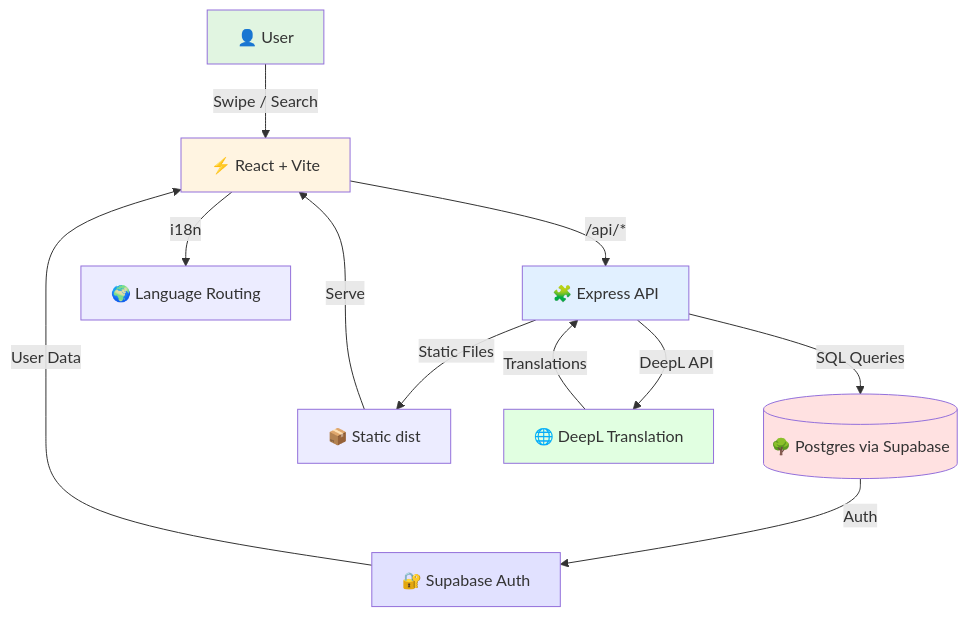
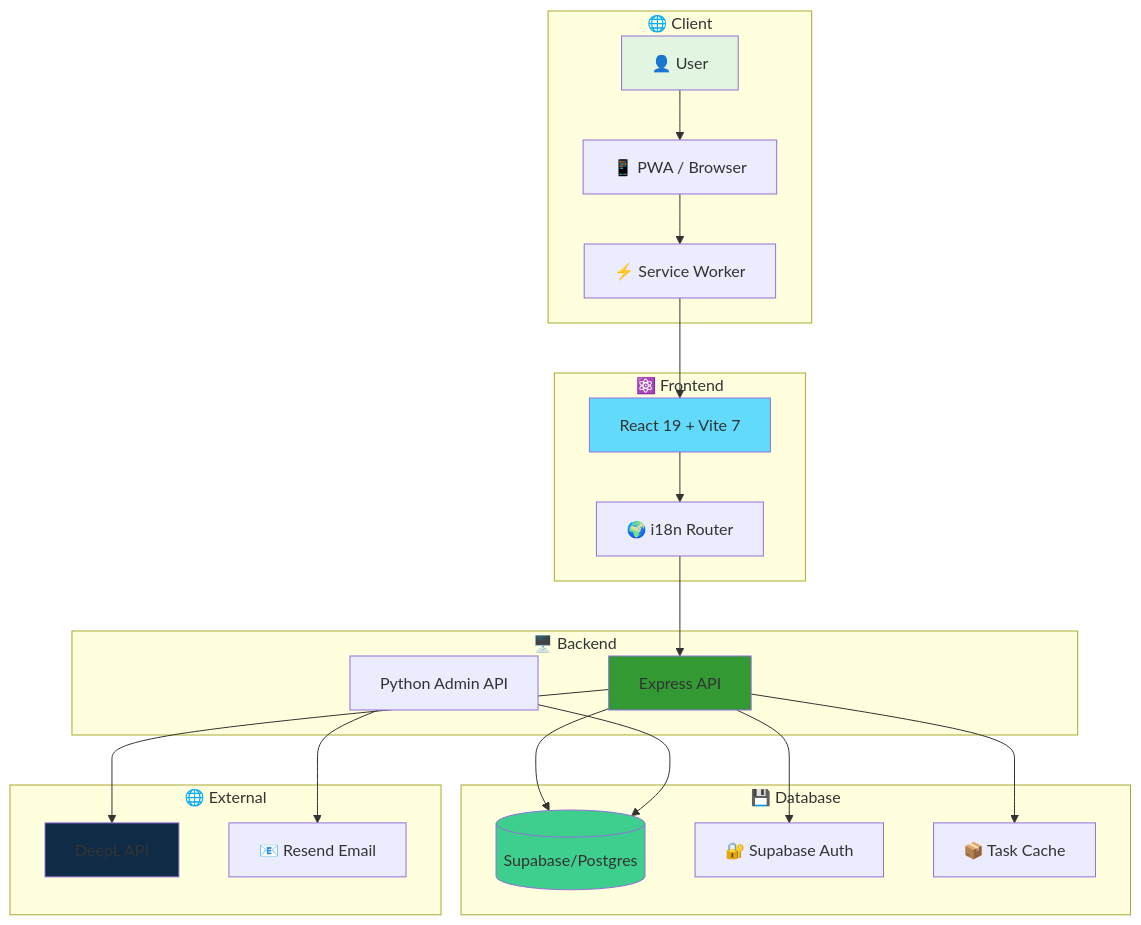
One commit to Duckxel/PlantSwipe changed the diagram in README.md. Above: the diagram before and after it, drawn with Mermaid. The commit also changed other lines of this file and 6 other files, not shown here.

````diff
--- a/README.md
+++ b/README.md
@@ -128,20 +162,47 @@
 ```mermaid
 flowchart TB
-    User[👤 User] -->|Swipe / Search| Web[⚡ React + Vite]
-    Web -->|/api/*| API[🧩 Express API]
-    API -->|SQL Queries| DB[(🌳 Postgres via Supabase)]
-    API -->|Static Files| Static[📦 Static dist]
-    Static -->|Serve| Web
-    DB -->|Auth| Auth[🔐 Supabase Auth]
-    Auth -->|User Data| Web
-    API -->|DeepL API| DeepL[🌐 DeepL Translation]
-    DeepL -->|Translations| API
-    Web -->|i18n| Lang[🌍 Language Routing]
+    subgraph Client["🌐 Client"]
+        User[👤 User]
+        PWA[📱 PWA / Browser]
+        SW[⚡ Service Worker]
+    end
+    
+    subgraph Frontend["⚛️ Frontend"]
+        React[React 19 + Vite 7]
+        i18n[🌍 i18n Router]
+    end
+    
+    subgraph Backend["🖥️ Backend"]
+        Express[Express API]
+        Admin[Python Admin API]
+    end
+    
+    subgraph Database["💾 Database"]
+        Supabase[(Supabase/Postgres)]
+        Auth[🔐 Supabase Auth]
+        Cache[📦 Task Cache]
+    end
+    
+    subgraph External["🌐 External"]
+        DeepL[DeepL API]
+        Resend[📧 Resend Email]
+    end
+    
+    User --> PWA
+    PWA --> SW
+    SW --> React
+    React --> i18n
+    i18n --> Express
+    Express --> Supabase
+    Express --> Auth
+    Express --> Cache
+    Express --> DeepL
+    Admin --> Supabase
+    Admin --> Resend
     
     style User fill:#e1f5e1
-    style Web fill:#fff4e1
-    style API fill:#e1f0ff
-    style DB fill:#ffe1e1
-    style Auth fill:#e1e1ff
-    style DeepL fill:#e1ffe1
+    style React fill:#61dafb
+    style Express fill:#339933
+    style Supabase fill:#3ecf8e
+    style DeepL fill:#0f2b46
 ```
````
